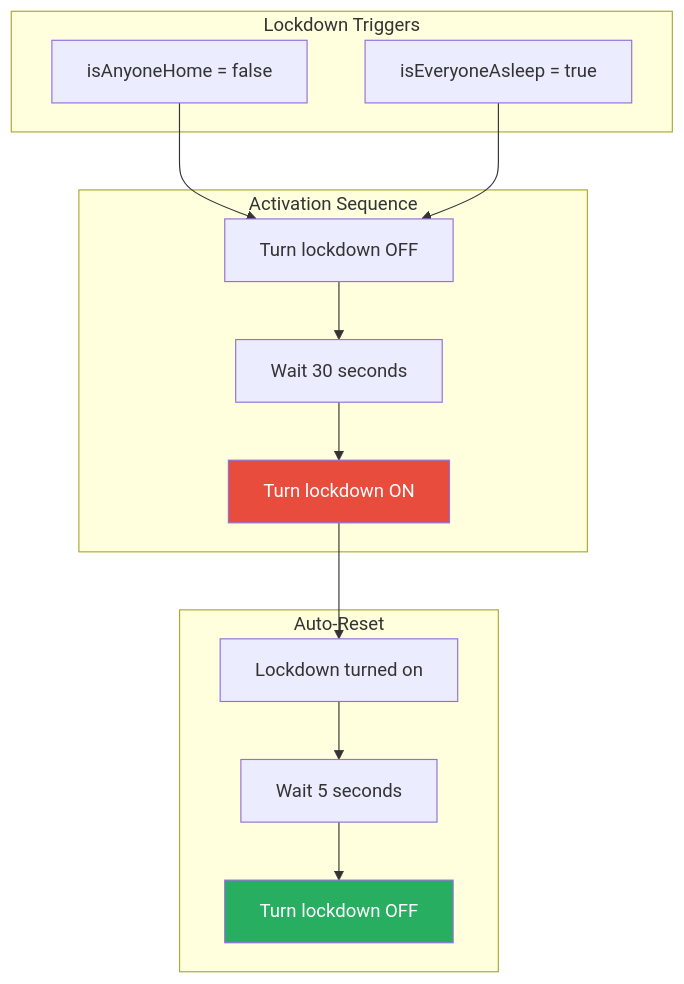
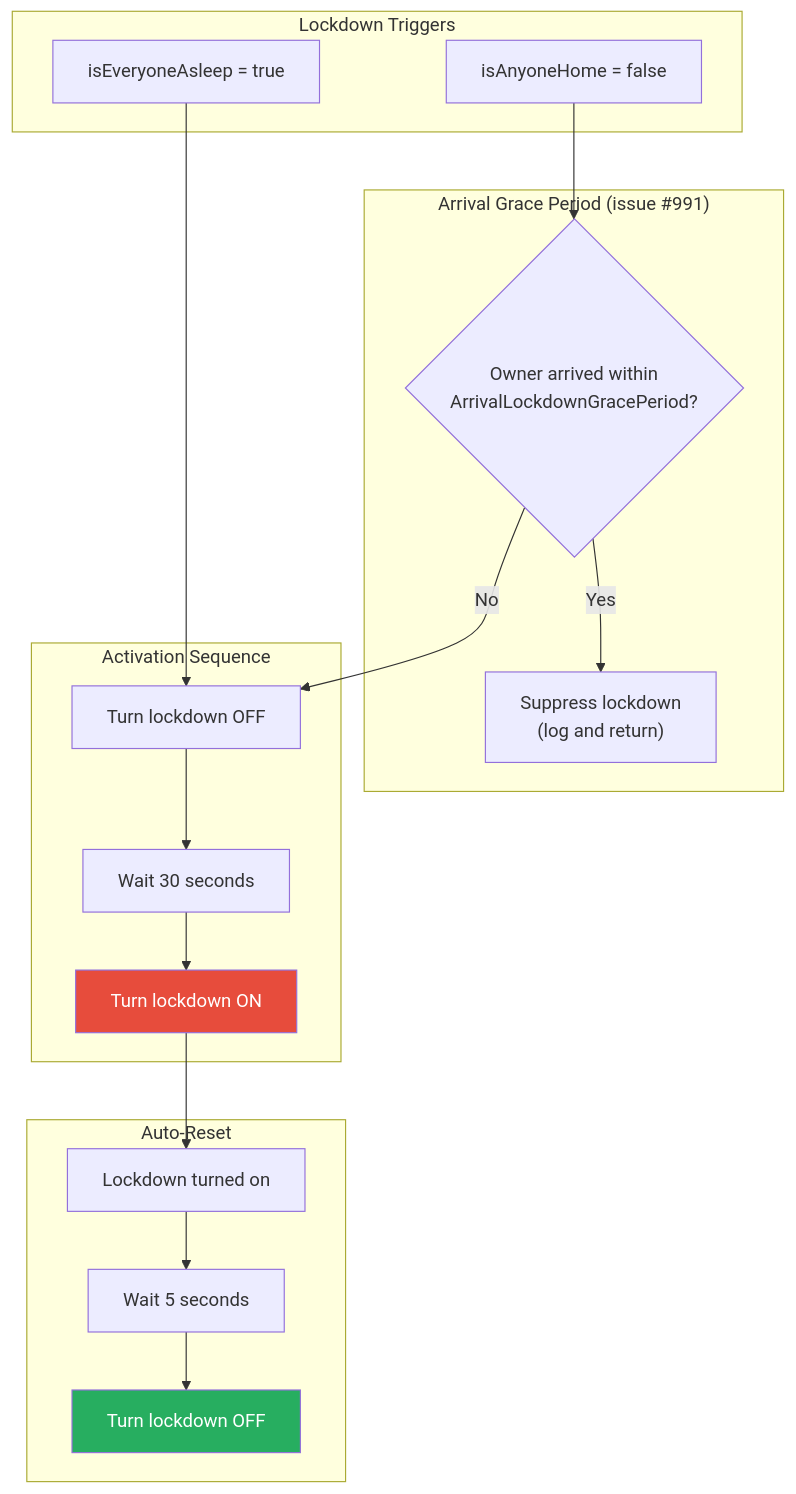
Before and after one commit to NickBorgers/home-automation: the first of 4 diagrams in docs/flows/SECURITY.md, drawn with Mermaid. The commit also changed other lines of this file and 1 other file, not shown here.

Commit message:
docs: update SECURITY.md and STATE_TRACKING.md for issue #991 fixes
- SECURITY.md: add ArrivalLockdownGracePeriod decision node to Lockdown
  Activation flowchart; a presence flap within 5 minutes of owner arrival
  now routes through a grace-period check before proceeding to turnOff.
  Add ArrivalLockdownGracePeriod row to Timing Constants table.
- STATE_TRACKING.md: add second cancellation edge to Master Asleep
  Detection flowchart (owner arrives home, in addition to lights turning on).
  Add explanatory sentence noting the two cancellation paths and why.

Addresses blocking findings from docs review on PR #992.

````diff
--- a/docs/flows/SECURITY.md
+++ b/docs/flows/SECURITY.md
@@ -17,31 +17,38 @@
 ```mermaid
 flowchart TD
     subgraph Triggers["Lockdown Triggers"]
         noOneHome["isAnyoneHome = false"]
         everyoneAsleep["isEveryoneAsleep = true"]
+    end
+
+    subgraph GraceCheck["Arrival Grace Period (issue #991)"]
+        checkGrace{"Owner arrived within\nArrivalLockdownGracePeriod?"}
+        suppress["Suppress lockdown\n(log and return)"]
     end
 
     subgraph Sequence["Activation Sequence"]
         turnOff["Turn lockdown OFF"]
         wait["Wait 30 seconds"]
         turnOn["Turn lockdown ON"]
     end
 
     subgraph AutoReset["Auto-Reset"]
         detectOn["Lockdown turned on"]
         wait5["Wait 5 seconds"]
         reset["Turn lockdown OFF"]
     end
 
-    noOneHome --> turnOff
+    noOneHome --> checkGrace
+    checkGrace -->|Yes| suppress
+    checkGrace -->|No| turnOff
     everyoneAsleep --> turnOff
     turnOff --> wait
     wait --> turnOn
 
     turnOn --> detectOn
     detectOn --> wait5
     wait5 --> reset
 
     style turnOn fill:#e74c3c,color:#fff
     style reset fill:#27ae60,color:#fff
 ```
````
